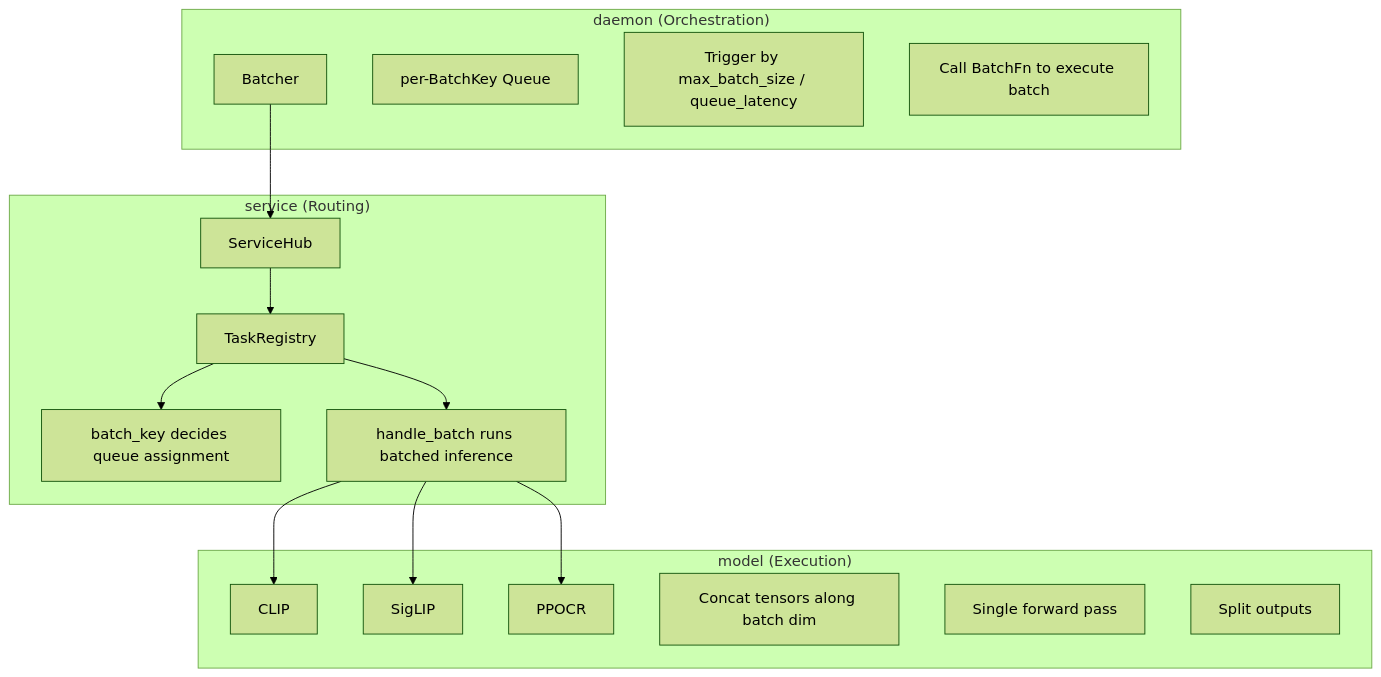
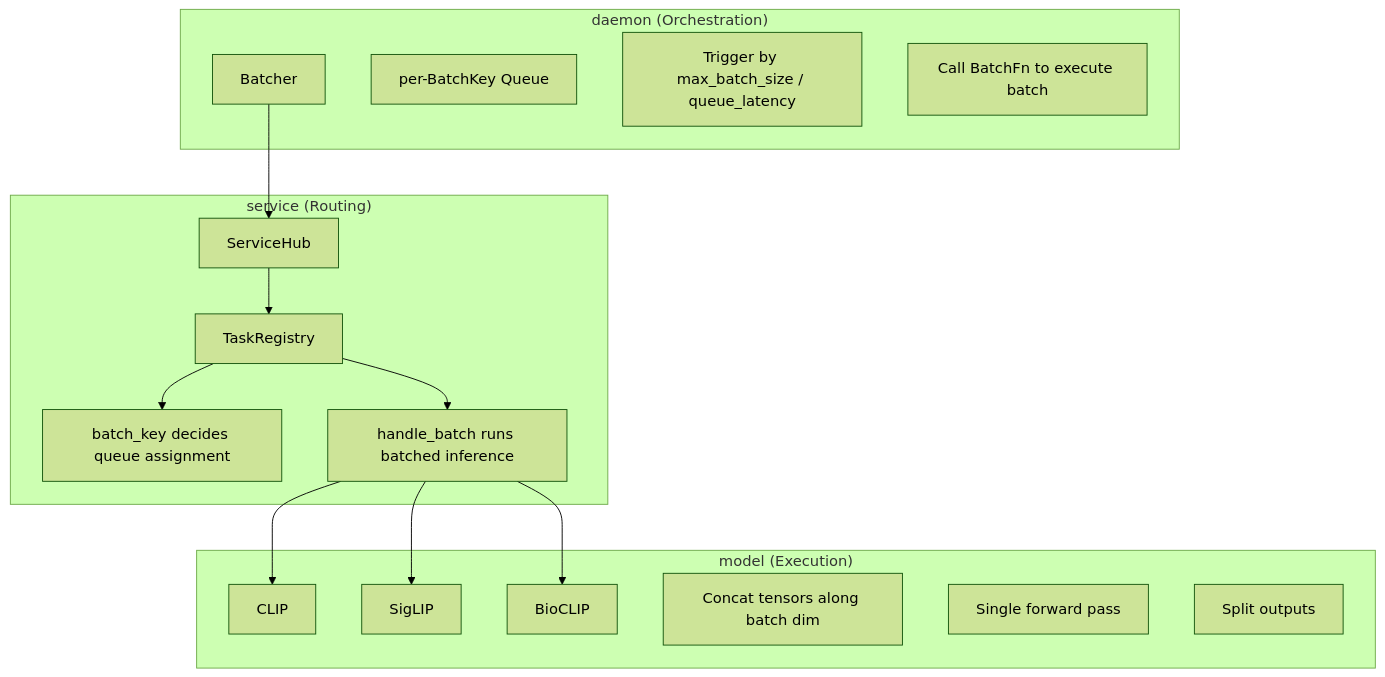
Before and after one commit to EdwinZhanCN/Lumen-Hub: the first of 2 diagrams in docs/docs/architecture/batching.md, drawn with Mermaid (forest theme). The commit also changed other lines of this file and 12 other files, not shown here.

````diff
--- a/docs/docs/architecture/batching.md
+++ b/docs/docs/architecture/batching.md
@@ -17,33 +17,33 @@
 ```mermaid
 graph TD
     subgraph daemon["daemon (Orchestration)"]
         Batcher
         Queue[per-BatchKey Queue]
         Trigger[Trigger by max_batch_size / queue_latency]
         BatchFn[Call BatchFn to execute batch]
     end
 
     subgraph service["service (Routing)"]
         Hub[ServiceHub]
         Registry[TaskRegistry]
         BKey[batch_key decides queue assignment]
         HBatch[handle_batch runs batched inference]
     end
 
     subgraph model["model (Execution)"]
         CLIP
         SigLIP
-        PPOCR
+        BioCLIP
         Concat[Concat tensors along batch dim]
         Forward[Single forward pass]
         Split[Split outputs]
     end
 
     Batcher --> Hub
     Hub --> Registry
     Registry --> BKey
     Registry --> HBatch
     HBatch --> CLIP
     HBatch --> SigLIP
-    HBatch --> PPOCR
+    HBatch --> BioCLIP
 ```
````
